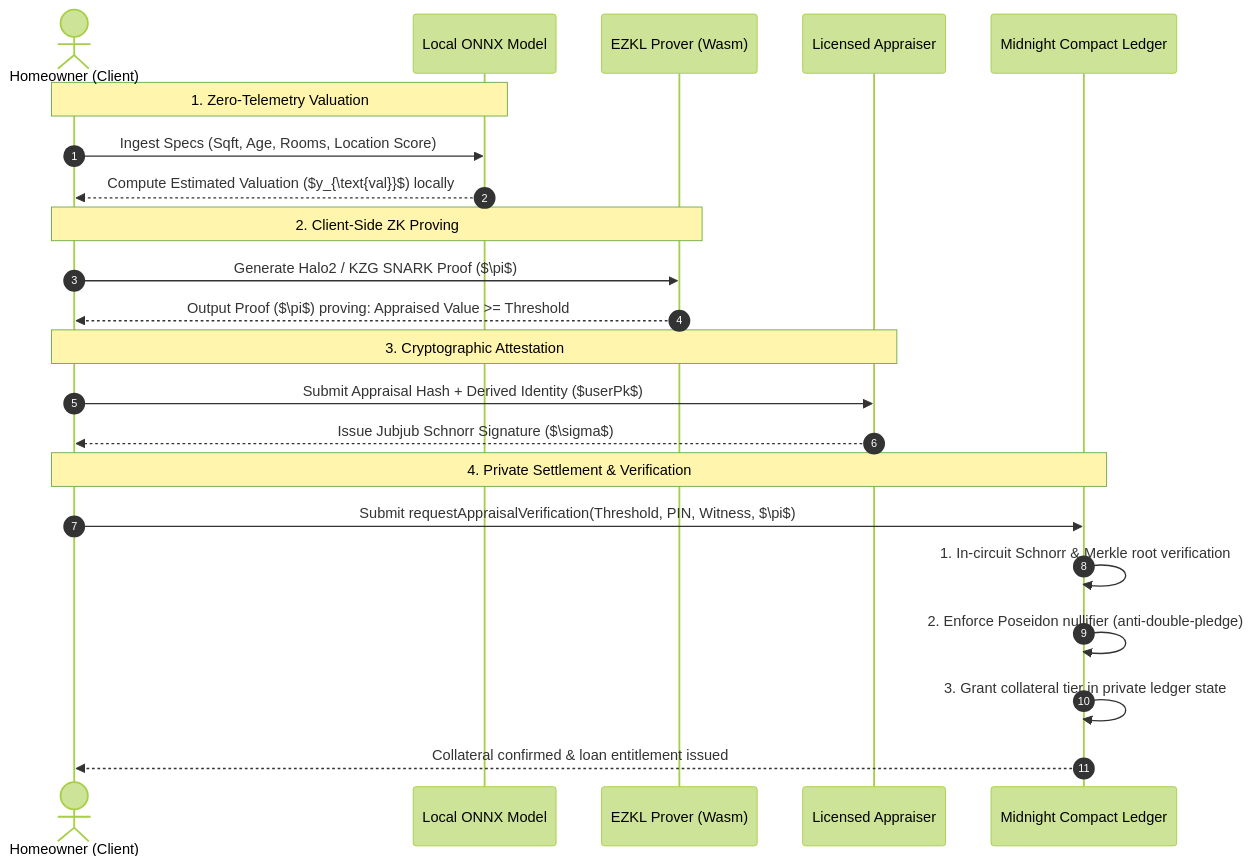
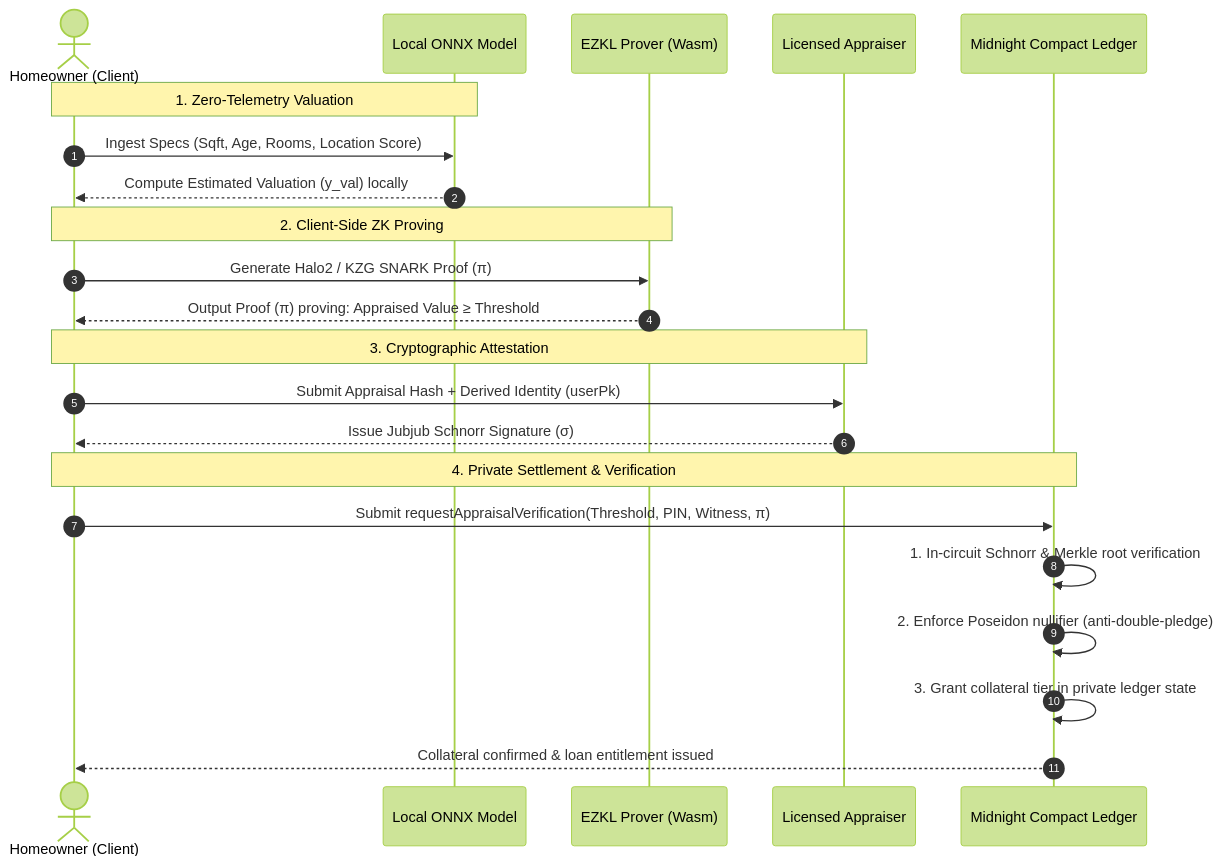
One commit to vishaltn74-dev/zk-appraise changed the diagram in README.md. Above: the diagram before and after it, drawn with Mermaid (forest theme). The commit also changed other lines of this file and 1 other file, not shown here.

Commit message:
fix(docs): clean up currency formatting and remove duplicate dollar symbols in tier table

````diff
--- a/README.md
+++ b/README.md
@@ -45,28 +45,28 @@
 ```mermaid
 sequenceDiagram
     autonumber
     actor User as Homeowner (Client)
     participant Model as Local ONNX Model
     participant Prover as EZKL Prover (Wasm)
     participant Oracle as Licensed Appraiser
     participant Midnight as Midnight Compact Ledger
 
     Note over User,Model: 1. Zero-Telemetry Valuation
     User->>Model: Ingest Specs (Sqft, Age, Rooms, Location Score)
-    Model-->>User: Compute Estimated Valuation ($y_{\text{val}}$) locally
+    Model-->>User: Compute Estimated Valuation (y_val) locally
 
     Note over User,Prover: 2. Client-Side ZK Proving
-    User->>Prover: Generate Halo2 / KZG SNARK Proof ($\pi$)
-    Prover-->>User: Output Proof ($\pi$) proving: Appraised Value >= Threshold
+    User->>Prover: Generate Halo2 / KZG SNARK Proof (π)
+    Prover-->>User: Output Proof (π) proving: Appraised Value ≥ Threshold
 
     Note over User,Oracle: 3. Cryptographic Attestation
-    User->>Oracle: Submit Appraisal Hash + Derived Identity ($userPk$)
-    Oracle-->>User: Issue Jubjub Schnorr Signature ($\sigma$)
+    User->>Oracle: Submit Appraisal Hash + Derived Identity (userPk)
+    Oracle-->>User: Issue Jubjub Schnorr Signature (σ)
 
     Note over User,Midnight: 4. Private Settlement & Verification
-    User->>Midnight: Submit requestAppraisalVerification(Threshold, PIN, Witness, $\pi$)
+    User->>Midnight: Submit requestAppraisalVerification(Threshold, PIN, Witness, π)
     Midnight->>Midnight: 1. In-circuit Schnorr & Merkle root verification
     Midnight->>Midnight: 2. Enforce Poseidon nullifier (anti-double-pledge)
     Midnight->>Midnight: 3. Grant collateral tier in private ledger state
     Midnight-->>User: Collateral confirmed & loan entitlement issued
 ```
````
